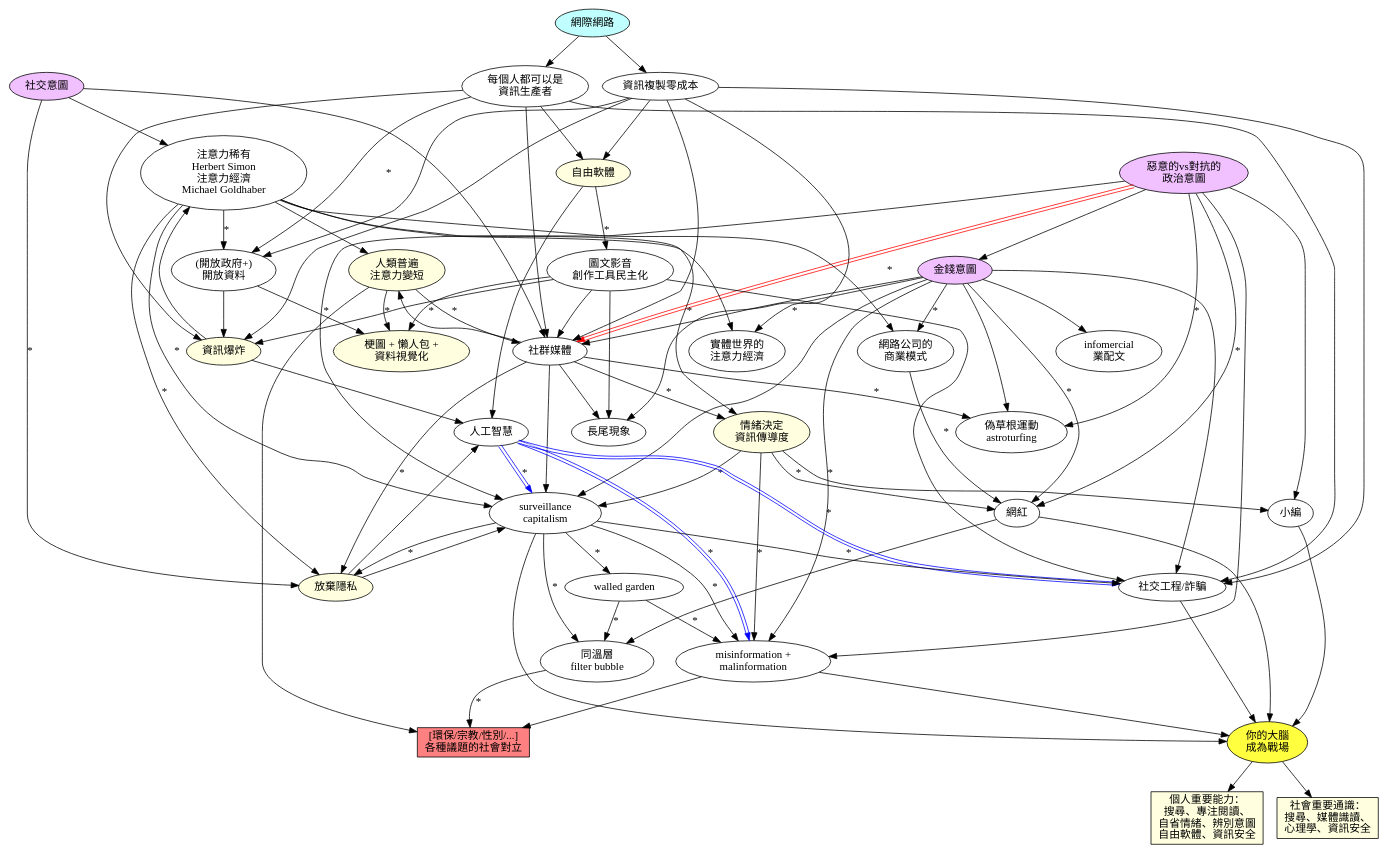
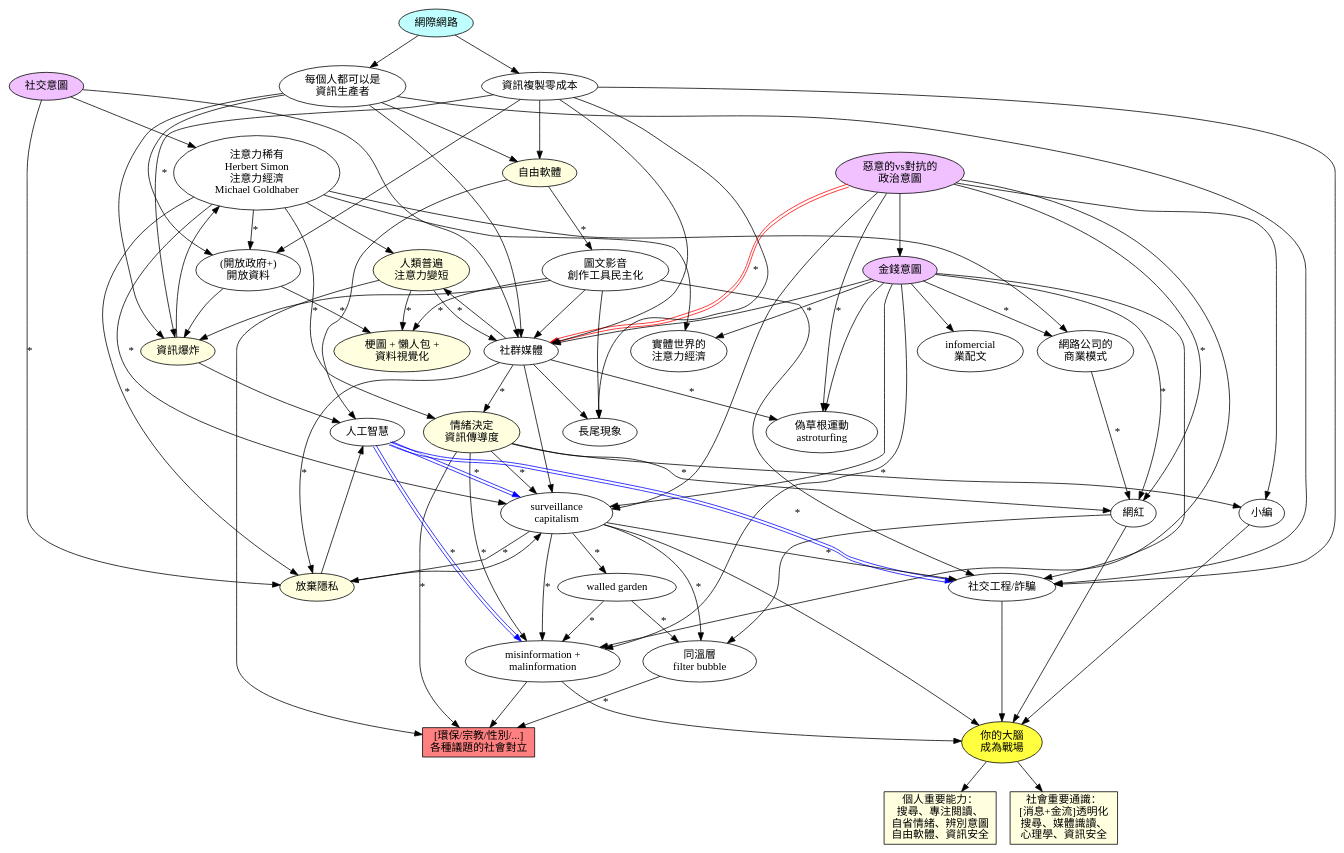
One commit to ckhung/ckhung.github.io changed the diagram in a/m/23/war-on-brain.dot. Above: the diagram before and after it, drawn with Graphviz. The commit also changed 1 other file, not shown here.

```diff
--- a/a/m/23/war-on-brain.dot
+++ b/a/m/23/war-on-brain.dot
@@ -1,97 +1,98 @@
 digraph "頭腦爭霸戰" {
 
     rankdir = TB;
     overlap = scale;
 
     social_motivation [ label="社交意圖"; style=filled; fillcolor="#f0c0ff" ];
     monetary_motivation [ label="金錢意圖"; style=filled; fillcolor="#f0c0ff" ];
     political_motivation [ label="惡意的vs對抗的\n政治意圖"; style=filled; fillcolor="#f0c0ff" ];
     internet [ label="網際網路" style=filled; fillcolor="#c0ffff" ];
     copy_cost_0 [ label="資訊複製零成本" ];
     open_data [ label="(開放政府+)\n開放資料" ];
     everone_producer [ label="每個人都可以是\n資訊生產者" ];
     free_software [ label="自由軟體"; style=filled; fillcolor="#ffffe0" ];
     dem_prod_tool [ label="圖文影音\n創作工具民主化" ];
     info_explosion [ label="資訊爆炸"; style=filled; fillcolor="#ffffe0" ];
     attention_scarcity [ label="注意力稀有\nHerbert Simon\n注意力經濟\nMichael Goldhaber" ];
     physical_ae [ label="實體世界的\n注意力經濟" ];
     social_media [ label="社群媒體" ];
     astroturfing [ label="偽草根運動\nastroturfing" ];
     emotion [ label="情緒決定\n資訊傳導度"; style=filled; fillcolor="#ffffe0" ];
     attention_span [ label="人類普遍\n注意力變短"; style=filled; fillcolor="#ffffe0" ];
     visualization [ label="梗圖 + 懶人包 +\n資料視覺化"; style=filled; fillcolor="#ffffe0" ];
     long_tail [ label="長尾現象" ];
     infomercial [ label="infomercial\n業配文" ];
     kol [ label="網紅" ];
     google_bm [ label="網路公司的\n商業模式" ];
     artificial_intelligence [ label="人工智慧" ];
     misinformation [ label="misinformation +\nmalinformation" ];
     giving_up_privacy [ label="放棄隱私"; style=filled; fillcolor="#ffffe0" ];
     filter_bubble [ label="同溫層\nfilter bubble" ];
     surveillance_capitalism [ label="surveillance\ncapitalism" ];
     walled_garden [ label="walled garden" ];
     social_engineering [ label="社交工程/詐騙" ];
     editor [ label="小編" ];
     your_brain [ label="你的大腦\n成為戰場"; style=filled; fillcolor="#ffff40" ];
     conflict [ shape=rectangle; label="[環保/宗教/性別/...]\n各種議題的社會對立"; style=filled; fillcolor="#ff8080"; ];
     important_personal [ shape=rectangle; label="個人重要能力：\n搜尋、專注閱讀、\n自省情緒、辨別意圖\n自由軟體、資訊安全"; style=filled; fillcolor="#ffffe0" ];
-    important_societal [ shape=rectangle; label="社會重要通識：\n搜尋、媒體識讀、\n心理學、資訊安全"; style=filled; fillcolor="#ffffe0" ];
+    important_societal [ shape=rectangle; label="社會重要通識：\n[消息+金流]透明化\n搜尋、媒體識讀、\n心理學、資訊安全"; style=filled; fillcolor="#ffffe0" ];
 
     # # # # # # # # # # # # # # # # # # # # 
 
     internet -> { copy_cost_0 everone_producer } -> free_software;
     free_software -> dem_prod_tool [ label="*"; labeltooltip="inkscape\ngimp\naudacity\n價格競爭" ];
     { everone_producer copy_cost_0 dem_prod_tool } -> { info_explosion social_engineering };
     { social_motivation info_explosion } -> attention_scarcity;
     { social_motivation dem_prod_tool everone_producer copy_cost_0 } -> social_media;
     political_motivation -> social_media [ color="#ff0000:white:#ff0000"; label="*"; labeltooltip="言論管制、\n集權國家" ];
     { dem_prod_tool copy_cost_0 social_media } -> long_tail;
     monetary_motivation -> physical_ae [ label="*"; labeltooltip="四川航空 免費巴士\ndigital license plate ads" ];
     attention_scarcity -> physical_ae;
     attention_scarcity -> giving_up_privacy [ label="*"; labeltooltip="selfie" ];
     attention_scarcity -> emotion [ label="*"; labeltooltip="下標題技巧" ];
     attention_scarcity -> open_data [ label="*"; labeltooltip="創用CC" ];
     attention_scarcity -> attention_span;
     social_media -> attention_span;
     attention_span -> social_media [ label="*"; labeltooltip="blog=>twitter\nyoutube=>抖音" ];
     social_media -> giving_up_privacy [ label="*"; labeltooltip="venmo\nthisisyourdigitallife\n300個讚\n元宇宙頭盔\n网络安全法第二十八条\ntiktok 追蹤鍵盤" ];
     social_media -> emotion [ label="*"; labeltooltip="回想個人經驗" ];
     everone_producer -> open_data [ label="*"; labeltooltip="維基百科\n開放街圖" ];
     copy_cost_0 -> open_data -> info_explosion;
     open_data -> visualization [ label="*"; labeltooltip="Hans Rosling\nOWID" ];
     dem_prod_tool -> visualization [ label="*"; labeltooltip="metabase\ngrafana\nplotly\ngnuplot\nscatplot" ];
     attention_span -> visualization [ label="*"; labeltooltip="infographics" ];
     social_motivation -> giving_up_privacy [ label="*"; labeltooltip="FOMO\nzenly"; ];
     { free_software info_explosion giving_up_privacy } -> artificial_intelligence;
     { monetary_motivation social_media giving_up_privacy } -> surveillance_capitalism;
     attention_scarcity -> surveillance_capitalism [ label="*"; labeltooltip="targeted advertisement"; ];
     kol -> filter_bubble;
     surveillance_capitalism -> filter_bubble [ label="*"; labeltooltip="你也會喜歡\n劍橋分析" ];
     { attention_span misinformation } -> conflict;
     filter_bubble -> conflict [ label="*"; labeltooltip="fan wars" ];
     surveillance_capitalism -> giving_up_privacy [ label="*"; labeltooltip="誘勸改用app\napp內建瀏覽器\n臉書打亂網址" ];
     surveillance_capitalism -> walled_garden [ label="*"; labeltooltip="臉書登入才能讀\nlineline voom？\n抖音？\nbilibili？" ];
     surveillance_capitalism -> social_engineering [ label="*"; labeltooltip="黑市個資" ];
     surveillance_capitalism -> misinformation [ label="*"; labeltooltip="劍橋分析" ];
     walled_garden -> misinformation [ label="*"; labeltooltip="臉書禁備份\nline 群組\nline 內建瀏覽器不能搜尋\nline voom？" ];
     walled_garden -> filter_bubble [ label="*"; labeltooltip="line 群組\nline 內建瀏覽器不能搜尋" ];
     political_motivation -> monetary_motivation;
     monetary_motivation -> { social_media social_engineering infomercial astroturfing };
     attention_scarcity -> google_bm;
     monetary_motivation ->  google_bm [ label="*"; labeltooltip="google\nyoutube\n臉書" ];
     google_bm -> kol [ label="*"; labeltooltip="抖內\n工商服務\n拍賣直播" ];
     social_media -> astroturfing [ label="*"; labeltooltip="we sell likes\n監獄網評員\ntwitter INFO OPs archive" ];
     political_motivation -> astroturfing [ label="*"; labeltooltip="蜂蜜檸檬韓粉美國\n" ];
     monetary_motivation -> misinformation [ label="*"; labeltooltip="馬其頓 假新聞\n真相製造機" ];
     political_motivation -> { editor misinformation surveillance_capitalism };
     political_motivation -> kol [ label="*"; labeltooltip="解放軍南部戰區 對台自媒體及輿論分隊\n大翻譯運動" ];
     monetary_motivation -> kol [ label="*"; labeltooltip="most super chatted on youtube" ];
     emotion -> editor;
     emotion -> surveillance_capitalism [ label="*"; labeltooltip="一個怒值五個讚" ];
     emotion -> kol [ label="*"; labeltooltip="蔡阿嘎、鼻妹、視網膜\n波特王、斯坦\n朱學恒、館長\nYuri Bezmenov" ];
+    emotion -> conflict [ label="*"; labeltooltip="社會運動\nYuri Bezmenov" ];
     emotion -> misinformation [ label="*"; labeltooltip="盜版/山寨/仿冒\n\npredatory journal?\n很多孩子走了\n近二週致死率全球第三高\n只改一個字的「引導腦補」認知戰\n側翼" ];
     artificial_intelligence -> surveillance_capitalism [color="#0000ff:white:#0000ff"; label="*"; labeltooltip="劍橋分析 2.0" ];
     artificial_intelligence -> social_engineering [color="#0000ff:white:#0000ff"; label="*"; labeltooltip="deepfake" ];
     artificial_intelligence -> misinformation [color="#0000ff:white:#0000ff"; label="*"; labeltooltip="deepfake\n劍橋分析 2.0" ];
     { kol editor misinformation surveillance_capitalism social_engineering } -> your_brain -> { important_personal important_societal }
 }
```
